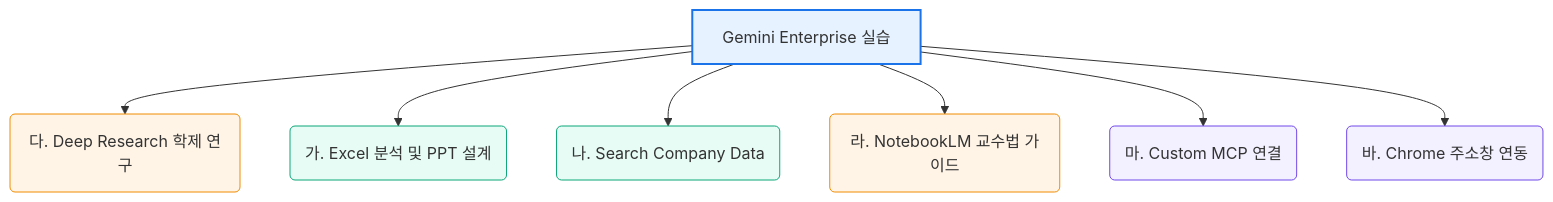
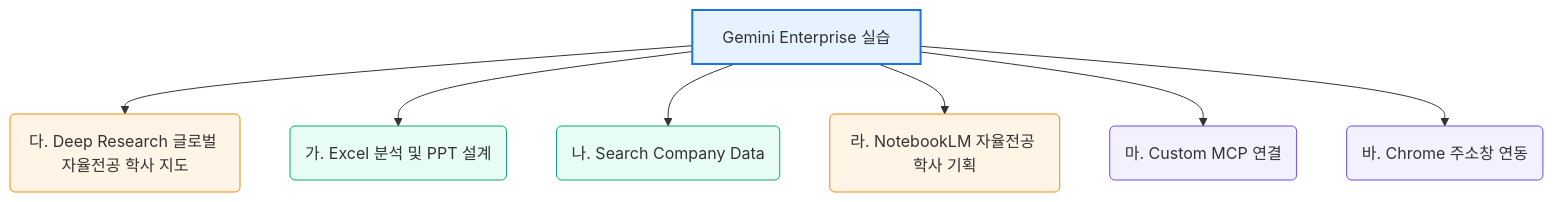
The diagram in README.md (p219116/ge-workshop), drawn with Mermaid before and after one commit. The commit also changed other lines of this file, not shown here.

Commit message:
docs: README.md 실습 목차를 자율전공 학사지도 시나리오에 맞게 업데이트

````diff
--- a/README.md
+++ b/README.md
@@ -12,17 +12,17 @@
 ```mermaid
 graph TD
-    A[Gemini Enterprise 실습] --> B(다. Deep Research 학제 연구)
+    A[Gemini Enterprise 실습] --> B(다. Deep Research 글로벌 자율전공 학사 지도)
     A --> C(가. Excel 분석 및 PPT 설계)
     A --> D(나. Search Company Data)
-    A --> E(라. NotebookLM 교수법 가이드)
+    A --> E(라. NotebookLM 자율전공 학사 기획)
     A --> F(마. Custom MCP 연결)
     A --> G(바. Chrome 주소창 연동)
     
     style A fill:#e6f2ff,stroke:#1a73e8,stroke-width:2px;
     style B fill:#fff4e6,stroke:#f08c00,stroke-width:1px;
     style C fill:#e6fcf5,stroke:#0ca678,stroke-width:1px;
     style D fill:#e6fcf5,stroke:#0ca678,stroke-width:1px;
     style E fill:#fff4e6,stroke:#f08c00,stroke-width:1px;
     style F fill:#f3f0ff,stroke:#7048e8,stroke-width:1px;
     style G fill:#f3f0ff,stroke:#7048e8,stroke-width:1px;
 ```
````
